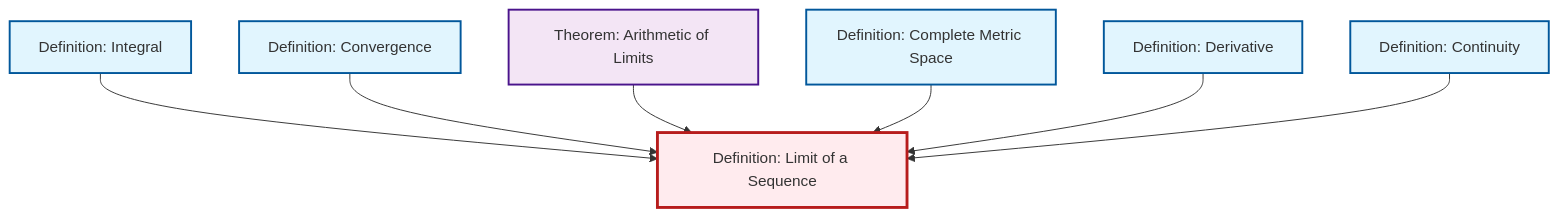
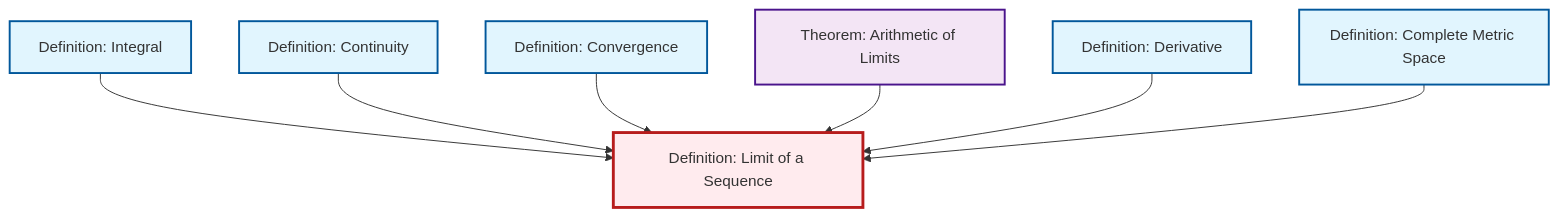
Before and after one commit to RK0429/ModernMath: the diagram in content/ja/analysis/def-limit.qmd, drawn with Mermaid. The commit also changed other lines of this file and 417 other files, not shown here.

````diff
--- a/content/ja/analysis/def-limit.qmd
+++ b/content/ja/analysis/def-limit.qmd
@@ -49,29 +49,29 @@
 ```{mermaid}
 %%| fig-cap: "Local dependency graph"
 graph TD
     classDef definition fill:#e1f5fe,stroke:#01579b,stroke-width:2px
     classDef theorem fill:#f3e5f5,stroke:#4a148c,stroke-width:2px
     classDef axiom fill:#fff3e0,stroke:#e65100,stroke-width:2px
     classDef example fill:#e8f5e9,stroke:#1b5e20,stroke-width:2px
     classDef current fill:#ffebee,stroke:#b71c1c,stroke-width:3px
+    def-continuity["Definition: Continuity"]:::definition
+    def-convergence["Definition: Convergence"]:::definition
+    def-complete-metric-space["Definition: Complete Metric Space"]:::definition
     def-integral["Definition: Integral"]:::definition
+    def-limit["Definition: Limit of a Sequence"]:::definition
     def-derivative["Definition: Derivative"]:::definition
-    def-convergence["Definition: Convergence"]:::definition
-    def-limit["Definition: Limit of a Sequence"]:::definition
-    def-continuity["Definition: Continuity"]:::definition
     thm-limit-arithmetic["Theorem: Arithmetic of Limits"]:::theorem
-    def-complete-metric-space["Definition: Complete Metric Space"]:::definition
     def-integral --> def-limit
+    def-continuity --> def-limit
     def-convergence --> def-limit
     thm-limit-arithmetic --> def-limit
+    def-derivative --> def-limit
     def-complete-metric-space --> def-limit
-    def-derivative --> def-limit
-    def-continuity --> def-limit
     class def-limit current
+    click def-continuity "def-continuity.html" "Definition: Continuityへ"
+    click def-convergence "def-convergence.html" "Definition: Convergenceへ"
+    click def-complete-metric-space "def-complete-metric-space.html" "Definition: Complete Metric Spaceへ"
     click def-integral "def-integral.html" "Definition: Integralへ"
     click def-derivative "def-derivative.html" "Definition: Derivativeへ"
-    click def-convergence "def-convergence.html" "Definition: Convergenceへ"
-    click def-continuity "def-continuity.html" "Definition: Continuityへ"
     click thm-limit-arithmetic "thm-limit-arithmetic.html" "Theorem: Arithmetic of Limitsへ"
-    click def-complete-metric-space "def-complete-metric-space.html" "Definition: Complete Metric Spaceへ"
 ```
````
